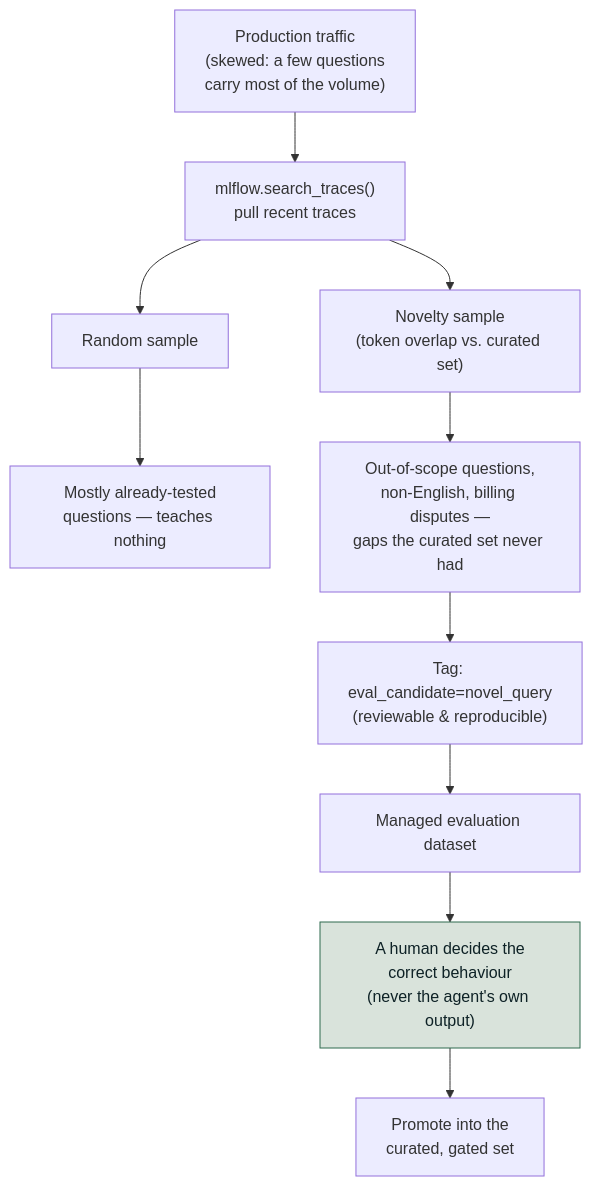
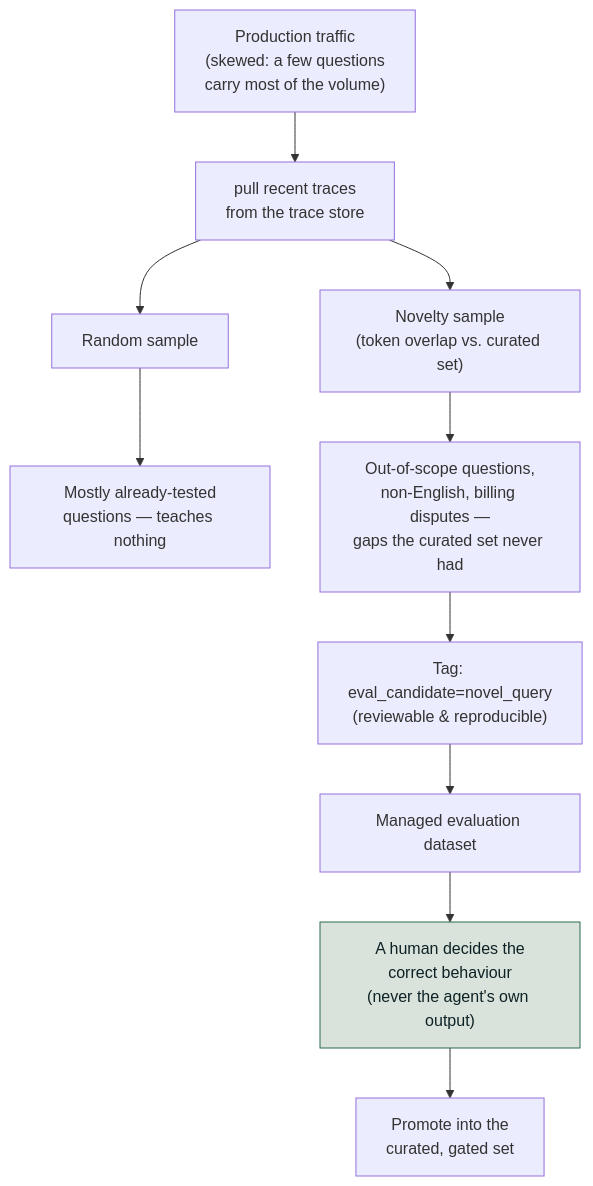
The second of 2 diagrams in docs/roadmap-explainers/03-ground-truth.md (Sourav692/Agent_Evaluation_Demystified), drawn with Mermaid before and after one commit. The commit also changed other lines of this file and 34 other files, not shown here.

````diff
--- a/docs/roadmap-explainers/03-ground-truth.md
+++ b/docs/roadmap-explainers/03-ground-truth.md
@@ -206,13 +184,13 @@
 ```mermaid
 flowchart TD
-    T["Production traffic<br/>(skewed: a few questions<br/>carry most of the volume)"] --> S["mlflow.search_traces()<br/>pull recent traces"]
+    T["Production traffic<br/>(skewed: a few questions<br/>carry most of the volume)"] --> S["pull recent traces<br/>from the trace store"]
     S --> R["Random sample"]
     S --> N["Novelty sample<br/>(token overlap vs. curated set)"]
     R --> RC["Mostly already-tested<br/>questions — teaches nothing"]
     N --> NC["Out-of-scope questions,<br/>non-English, billing disputes —<br/>gaps the curated set never had"]
     NC --> TAG["Tag: eval_candidate=novel_query<br/>(reviewable & reproducible)"]
     TAG --> DS["Managed evaluation dataset"]
     DS --> HUM["A human decides the<br/>correct behaviour<br/>(never the agent's own output)"]
     HUM --> PROMOTE["Promote into the<br/>curated, gated set"]
     style HUM fill:#D9E3DB,stroke:#2F6B4F,color:#0E2226
 ```
````
